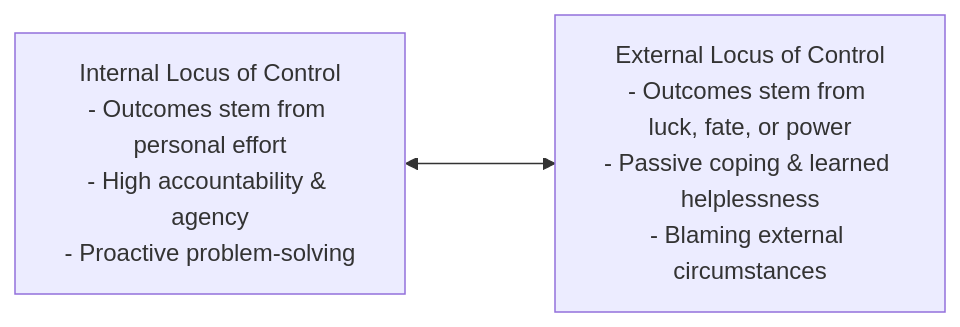
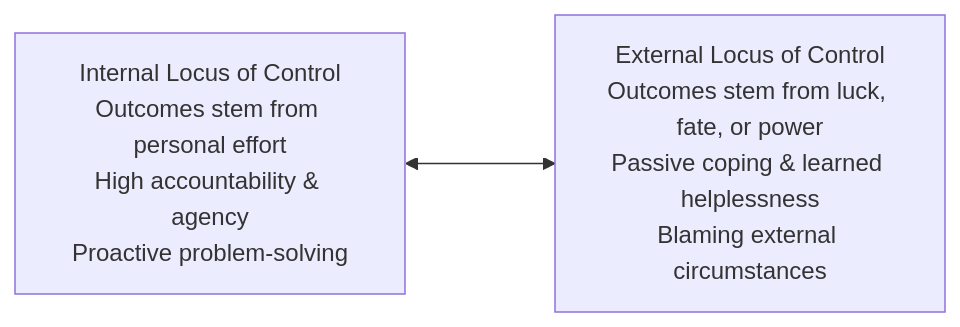
Before and after one commit to aidocmr/learn-bscs: the fifth of 5 diagrams in content/Year 1/Understanding the Self/12. Setting Goals for Success.md, drawn with Mermaid. The commit also changed other lines of this file and 20 other files, not shown here.

First line of the commit message:
fix: Remove markdown lists and numbered prefixes from all Mermaid diagrams

````diff
--- a/content/Year 1/Understanding the Self/12. Setting Goals for Success.md
+++ b/content/Year 1/Understanding the Self/12. Setting Goals for Success.md
@@ -111,4 +111,4 @@
 ```mermaid
 graph LR
-    Int["Internal Locus of Control<br/>- Outcomes stem from personal effort<br/>- High accountability & agency<br/>- Proactive problem-solving"] <---> Ext["External Locus of Control<br/>- Outcomes stem from luck, fate, or power<br/>- Passive coping & learned helplessness<br/>- Blaming external circumstances"]
+    Int["Internal Locus of Control<br/>Outcomes stem from personal effort<br/>High accountability & agency<br/>Proactive problem-solving"] <---> Ext["External Locus of Control<br/>Outcomes stem from luck, fate, or power<br/>Passive coping & learned helplessness<br/>Blaming external circumstances"]
 ```
````
